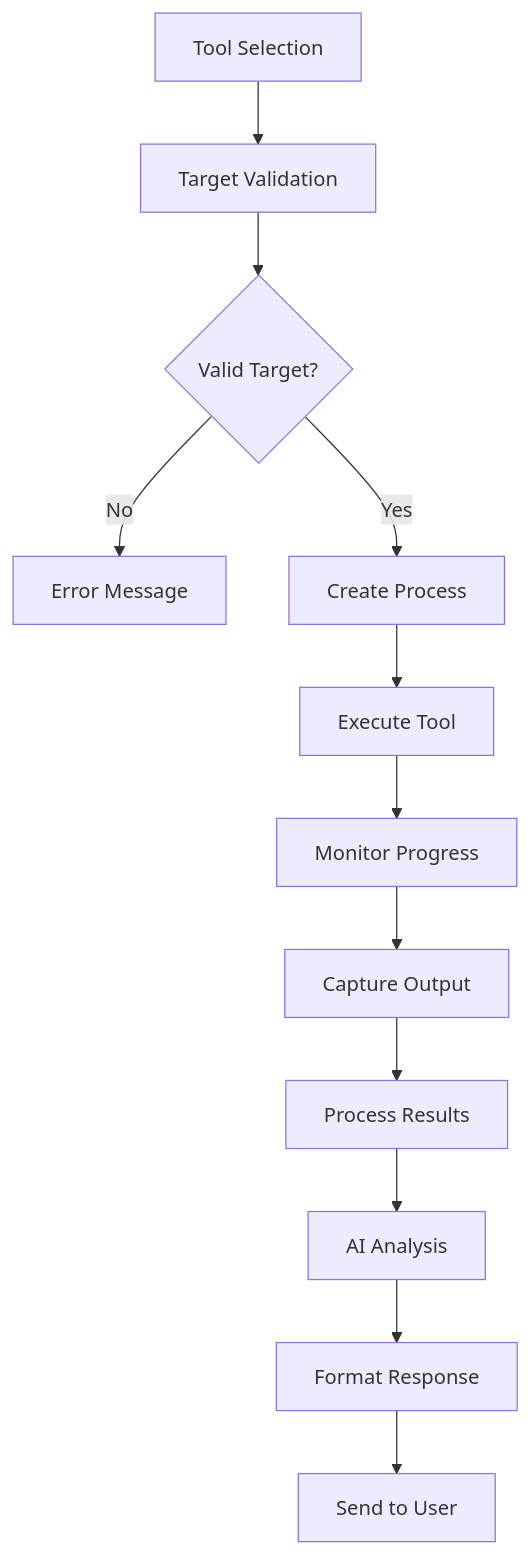
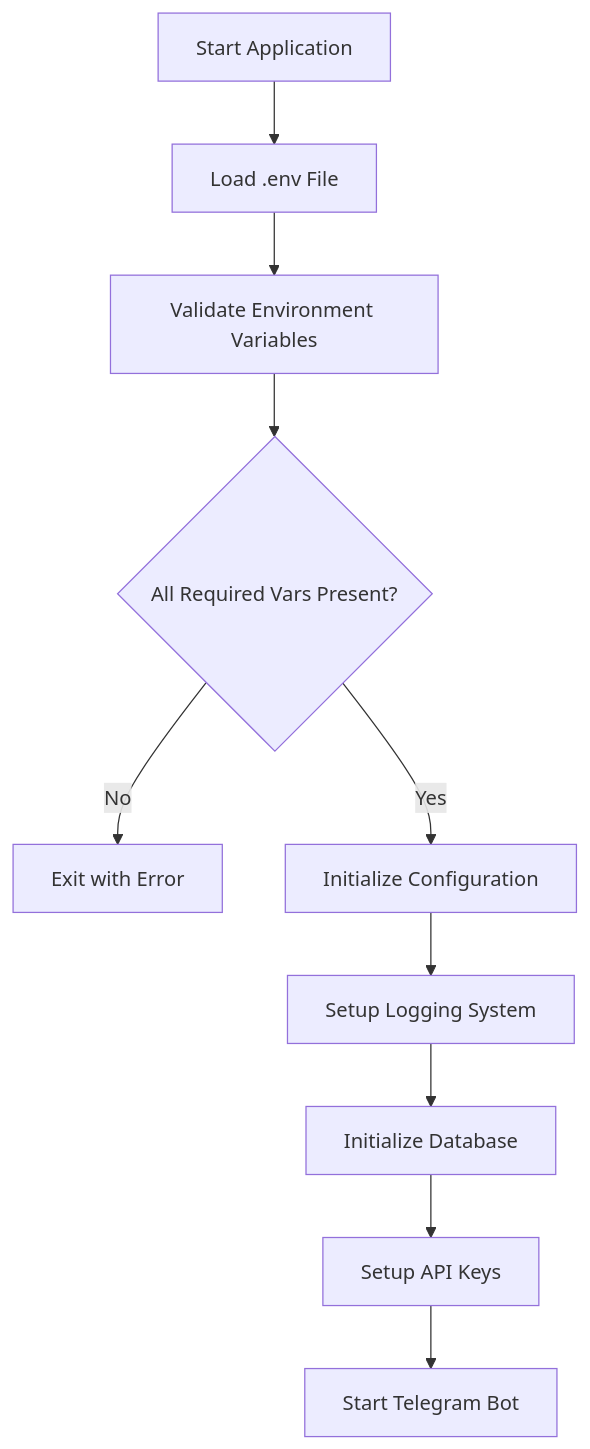
The first of 4 diagrams in docs/PROCESS_FLOW.md (mfpm15/jaeger-ai-ultimate), drawn with Mermaid before and after one commit. The commit also changed other lines of this file and 7 other files, not shown here.

````diff
--- a/docs/PROCESS_FLOW.md
+++ b/docs/PROCESS_FLOW.md
@@ -127,14 +60,12 @@
 ```mermaid
 graph TD
-    A[Tool Selection] --> B[Target Validation]
-    B --> C{Valid Target?}
-    C -->|No| D[Error Message]
-    C -->|Yes| E[Create Process]
-    E --> F[Execute Tool]
-    F --> G[Monitor Progress]
-    G --> H[Capture Output]
-    H --> I[Process Results]
-    I --> J[AI Analysis]
-    J --> K[Format Response]
-    K --> L[Send to User]
+    A[Start Application] --> B[Load .env File]
+    B --> C[Validate Environment Variables]
+    C --> D{All Required Vars Present?}
+    D -->|No| E[Exit with Error]
+    D -->|Yes| F[Initialize Configuration]
+    F --> G[Setup Logging System]
+    G --> H[Initialize Database]
+    H --> I[Setup API Keys]
+    I --> J[Start Telegram Bot]
 ```
````
